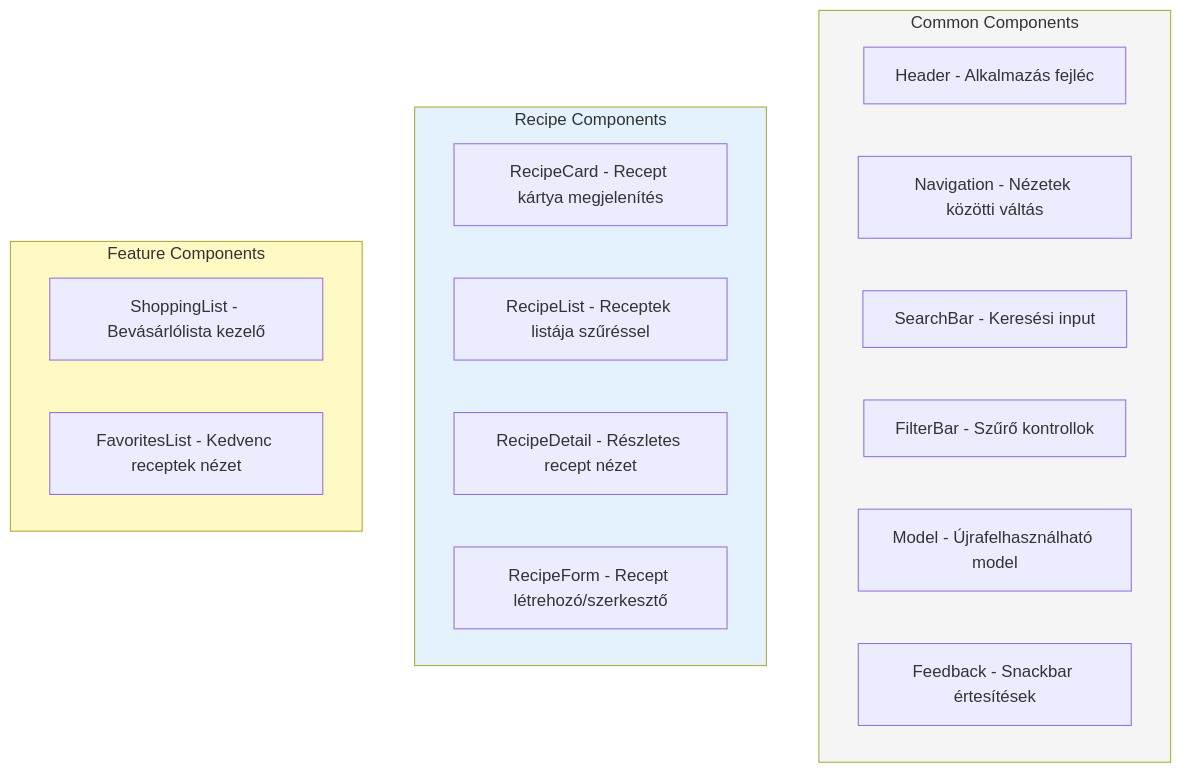
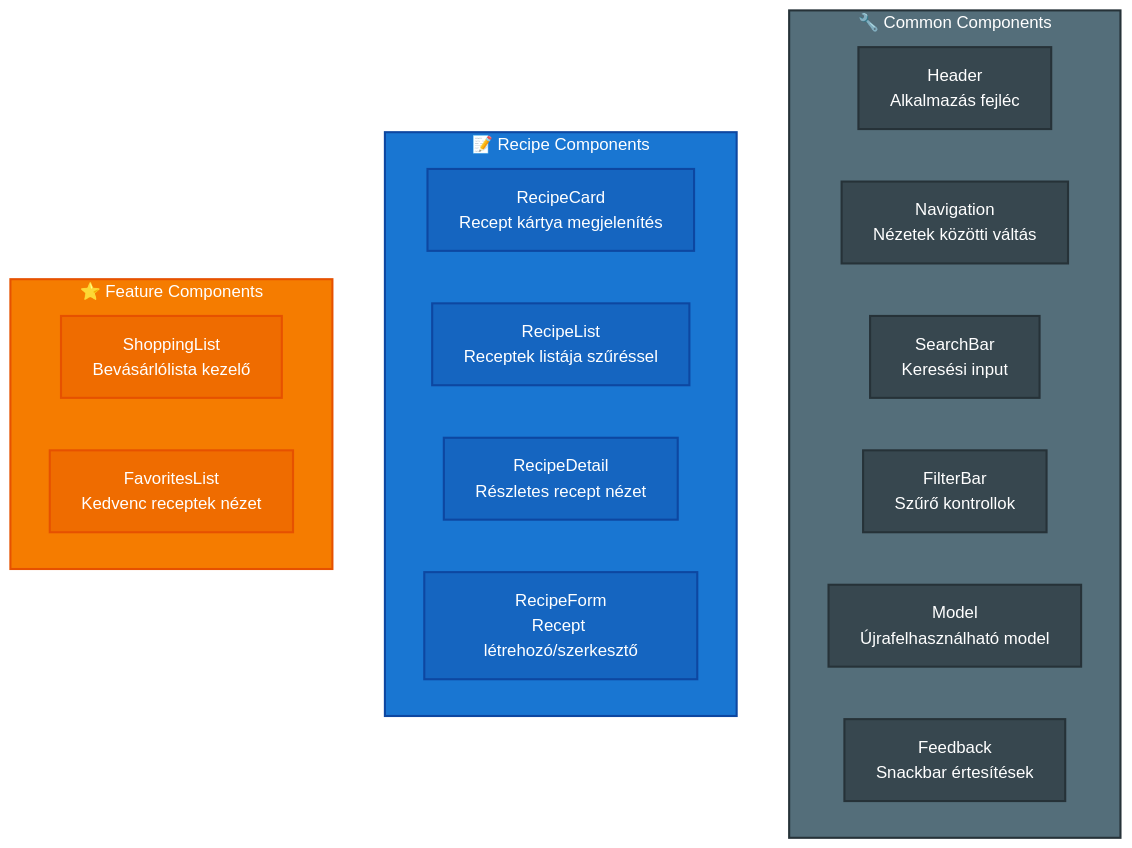
One commit to jajecnikmarci/kliensoldali-NHF changed the ninth of 14 diagrams in README.md. Above: the diagram before and after it, drawn with Mermaid. The commit also changed other lines of this file, not shown here.

````diff
--- a/README.md
+++ b/README.md
@@ -520,27 +520,39 @@
 ```mermaid
 graph TB
-    subgraph Common["Common Components"]
-        Header["Header - Alkalmazás fejléc"]
-        Navigation["Navigation - Nézetek közötti váltás"]
-        SearchBar["SearchBar - Keresési input"]
-        FilterBar["FilterBar - Szűrő kontrollok"]
-        Model["Model - Újrafelhasználható model"]
-        Feedback["Feedback - Snackbar értesítések"]
+    subgraph Common["🔧 Common Components"]
+        Header["Header<br/>Alkalmazás fejléc"]
+        Navigation["Navigation<br/>Nézetek közötti váltás"]
+        SearchBar["SearchBar<br/>Keresési input"]
+        FilterBar["FilterBar<br/>Szűrő kontrollok"]
+        Model["Model<br/>Újrafelhasználható model"]
+        Feedback["Feedback<br/>Snackbar értesítések"]
     end
     
-    subgraph Recipe["Recipe Components"]
-        RecipeCard["RecipeCard - Recept kártya megjelenítés"]
-        RecipeList["RecipeList - Receptek listája szűréssel"]
-        RecipeDetail["RecipeDetail - Részletes recept nézet"]
-        RecipeForm["RecipeForm - Recept létrehozó/szerkesztő"]
+    subgraph Recipe["📝 Recipe Components"]
+        RecipeCard["RecipeCard<br/>Recept kártya megjelenítés"]
+        RecipeList["RecipeList<br/>Receptek listája szűréssel"]
+        RecipeDetail["RecipeDetail<br/>Részletes recept nézet"]
+        RecipeForm["RecipeForm<br/>Recept létrehozó/szerkesztő"]
     end
     
-    subgraph Feature["Feature Components"]
-        ShoppingList["ShoppingList - Bevásárlólista kezelő"]
-        FavoritesList["FavoritesList - Kedvenc receptek nézet"]
+    subgraph Feature["⭐ Feature Components"]
+        ShoppingList["ShoppingList<br/>Bevásárlólista kezelő"]
+        FavoritesList["FavoritesList<br/>Kedvenc receptek nézet"]
     end
     
-    style Common fill:#f5f5f5
-    style Recipe fill:#e3f2fd
-    style Feature fill:#fff9c4
+    style Common fill:#546e7a,stroke:#263238,stroke-width:2px,color:#fff
+    style Recipe fill:#1976d2,stroke:#0d47a1,stroke-width:2px,color:#fff
+    style Feature fill:#f57c00,stroke:#e65100,stroke-width:2px,color:#fff
+    style Header fill:#37474f,stroke:#263238,stroke-width:2px,color:#fff
+    style Navigation fill:#37474f,stroke:#263238,stroke-width:2px,color:#fff
+    style SearchBar fill:#37474f,stroke:#263238,stroke-width:2px,color:#fff
+    style FilterBar fill:#37474f,stroke:#263238,stroke-width:2px,color:#fff
+    style Model fill:#37474f,stroke:#263238,stroke-width:2px,color:#fff
+    style Feedback fill:#37474f,stroke:#263238,stroke-width:2px,color:#fff
+    style RecipeCard fill:#1565c0,stroke:#0d47a1,stroke-width:2px,color:#fff
+    style RecipeList fill:#1565c0,stroke:#0d47a1,stroke-width:2px,color:#fff
+    style RecipeDetail fill:#1565c0,stroke:#0d47a1,stroke-width:2px,color:#fff
+    style RecipeForm fill:#1565c0,stroke:#0d47a1,stroke-width:2px,color:#fff
+    style ShoppingList fill:#ef6c00,stroke:#e65100,stroke-width:2px,color:#fff
+    style FavoritesList fill:#ef6c00,stroke:#e65100,stroke-width:2px,color:#fff
 ```
````
